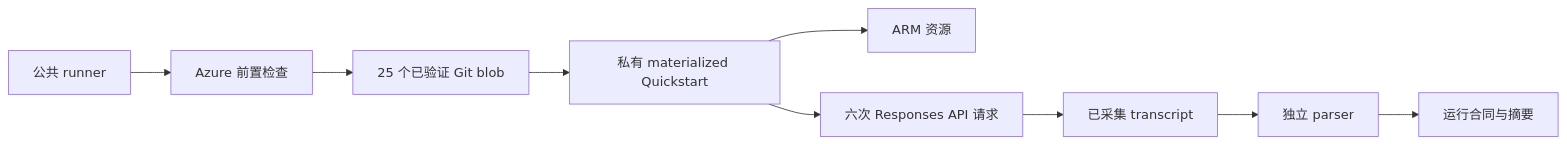
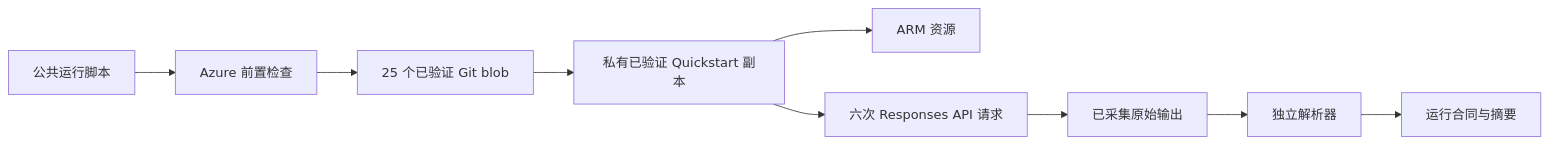
Before and after one commit to david-xinyuwei/david-share: the diagram in Agents/Azure-Context-Cache-E2E-Validation/docs/METHOD-CN.md, drawn with Mermaid. The commit also changed other lines of this file and 9 other files, not shown here.

````diff
--- a/Agents/Azure-Context-Cache-E2E-Validation/docs/METHOD-CN.md
+++ b/Agents/Azure-Context-Cache-E2E-Validation/docs/METHOD-CN.md
@@ -11,11 +11,11 @@
 ```mermaid
 flowchart LR
-    A[公共 runner] --> B[Azure 前置检查]
+    A[公共运行脚本] --> B[Azure 前置检查]
     B --> C[25 个已验证 Git blob]
-    C --> D[私有 materialized Quickstart]
+    C --> D[私有已验证 Quickstart 副本]
     D --> E[ARM 资源]
     D --> F[六次 Responses API 请求]
-    F --> G[已采集 transcript]
-    G --> H[独立 parser]
+    F --> G[已采集原始输出]
+    G --> H[独立解析器]
     H --> I[运行合同与摘要]
 ```
````
